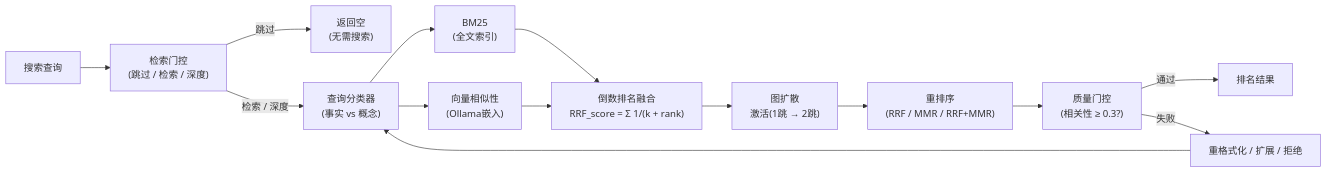
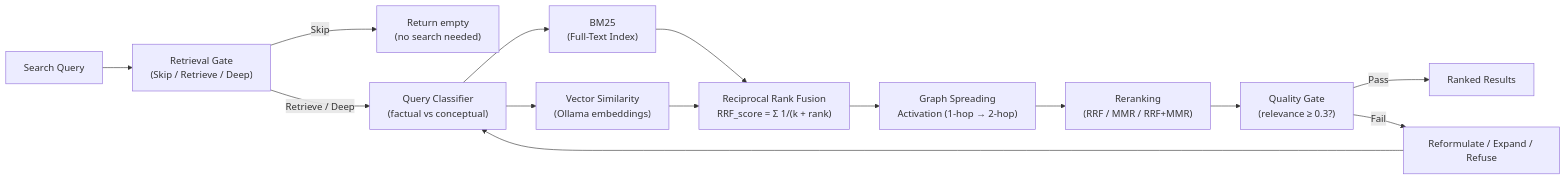
One commit to WeiLinCool/openpawz changed the fourth of 21 diagrams in docs/research/engram.md. Above: the diagram before and after it, drawn with Mermaid. The commit also changed other lines of this file and 7 other files, not shown here.

````diff
--- a/docs/research/engram.md
+++ b/docs/research/engram.md
@@ -339,16 +339,16 @@
 ```mermaid
 flowchart LR
-    Q["搜索查询"] --> RG["检索门控\n(跳过 / 检索 / 深度)"]
-    RG -- 跳过 --> SKIP["返回空\n(无需搜索)"]
-    RG -- 检索 / 深度 --> CL["查询分类器\n(事实 vs 概念)"]
-    CL --> BM["BM25\n(全文索引)"]
-    CL --> VS["向量相似性\n(Ollama嵌入)"]
-    BM --> RRF["倒数排名融合\nRRF_score = Σ 1/(k + rank)"]
+    Q["Search Query"] --> RG["Retrieval Gate\n(Skip / Retrieve / Deep)"]
+    RG -- Skip --> SKIP["Return empty\n(no search needed)"]
+    RG -- Retrieve / Deep --> CL["Query Classifier\n(factual vs conceptual)"]
+    CL --> BM["BM25\n(Full-Text Index)"]
+    CL --> VS["Vector Similarity\n(Ollama embeddings)"]
+    BM --> RRF["Reciprocal Rank Fusion\nRRF_score = Σ 1/(k + rank)"]
     VS --> RRF
-    RRF --> SA["图扩散\n激活(1跳 → 2跳)"]
-    SA --> RR["重排序\n(RRF / MMR / RRF+MMR)"]
-    RR --> QG["质量门控\n(相关性 ≥ 0.3?)"]
-    QG -- 通过 --> R["排名结果"]
-    QG -- 失败 --> RF["重格式化 / 扩展 / 拒绝"]
+    RRF --> SA["Graph Spreading\nActivation (1-hop → 2-hop)"]
+    SA --> RR["Reranking\n(RRF / MMR / RRF+MMR)"]
+    RR --> QG["Quality Gate\n(relevance ≥ 0.3?)"]
+    QG -- Pass --> R["Ranked Results"]
+    QG -- Fail --> RF["Reformulate / Expand / Refuse"]
     RF --> CL
 ```
````
